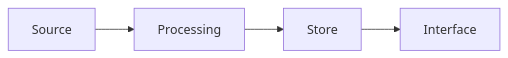
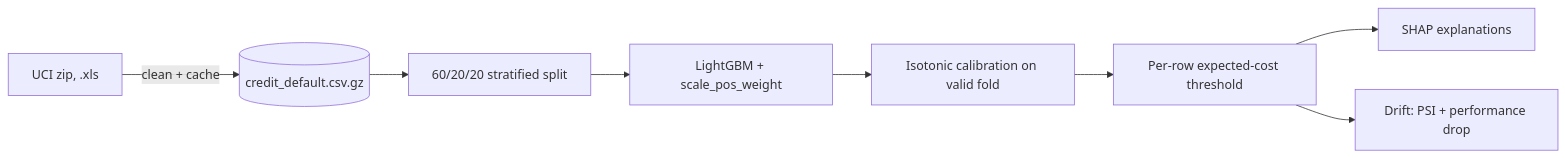
Before and after one commit to Prithv122/fraud-calibrated: the diagram in README.md, drawn with Mermaid. The commit also changed other lines of this file and 5 other files, not shown here.

````diff
--- a/README.md
+++ b/README.md
@@ -29,6 +43,10 @@
 ```mermaid
 flowchart LR
-    A[Source] --> B[Processing]
-    B --> C[Store]
-    C --> D[Interface]
+    A[UCI zip, .xls] -->|clean + cache| B[(credit_default.csv.gz)]
+    B --> C[60/20/20 stratified split]
+    C --> D[LightGBM + scale_pos_weight]
+    D --> E[Isotonic calibration on valid fold]
+    E --> F[Per-row expected-cost threshold]
+    F --> G[SHAP explanations]
+    F --> H[Drift: PSI + performance drop]
 ```
````
